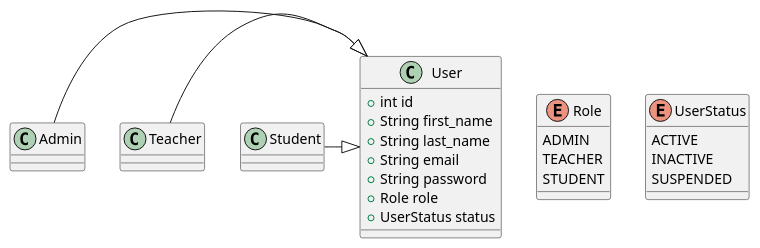
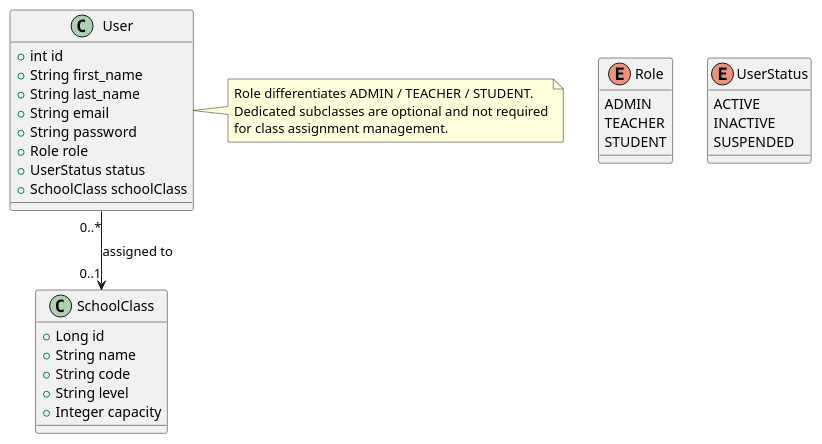
The diagram in src/puml/user-management.puml (Montassar-T/Projet-JAVA-ESPRIT), drawn with PlantUML before and after one commit. The commit also changed 15 other files, not shown here.

```diff
--- a/src/puml/user-management.puml
+++ b/src/puml/user-management.puml
@@ -1,33 +1,42 @@
 @startuml
 
 enum Role {
     ADMIN
     TEACHER
     STUDENT
 }
 
 enum UserStatus {
      ACTIVE
      INACTIVE
      SUSPENDED
 }
 
 class User {
     +int id
     +String first_name
     +String last_name
     +String email
     +String password
     +Role role
     +UserStatus status
+    +SchoolClass schoolClass
 }
 
-class Admin
-class Teacher
-class Student
+class SchoolClass {
+    +Long id
+    +String name
+    +String code
+    +String level
+    +Integer capacity
+}
 
-Admin -|> User
-Teacher -|> User
-Student -|> User
+User "0..*" --> "0..1" SchoolClass : assigned to
+
+note right of User
+Role differentiates ADMIN / TEACHER / STUDENT.
+Dedicated subclasses are optional and not required
+for class assignment management.
+end note
 
 @enduml
```
